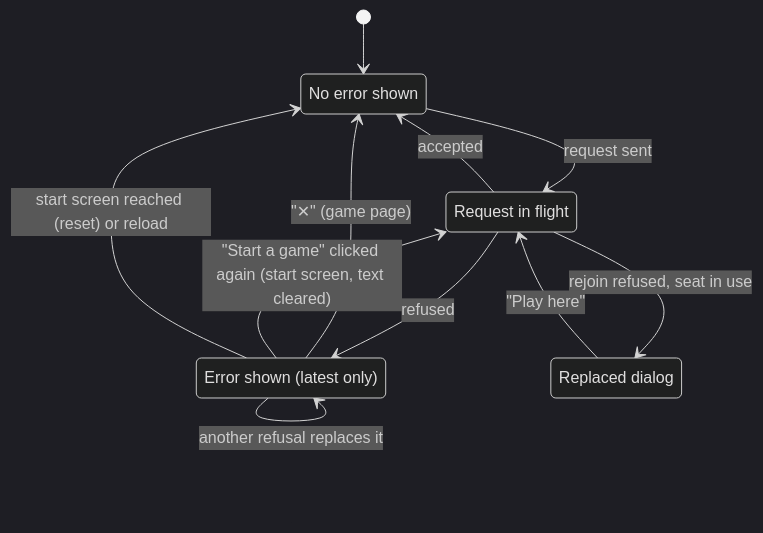
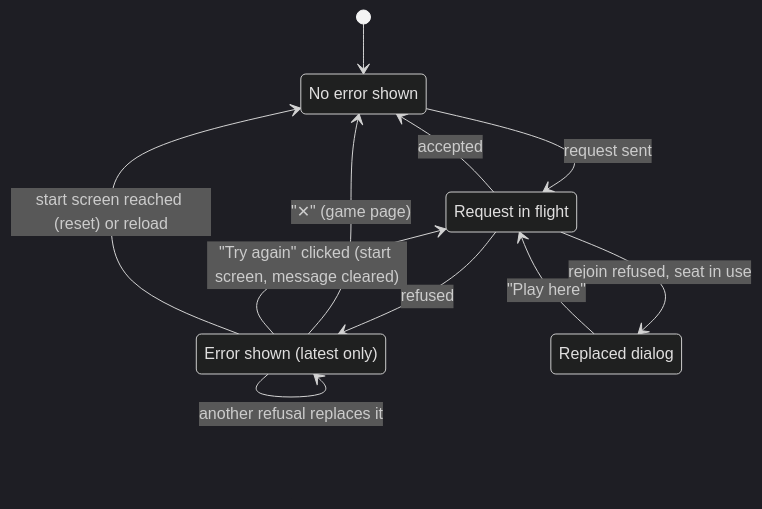
The diagram in product-description/cross-cutting/error-messages.md (howard36/3d-chess), drawn with Mermaid (dark theme) before and after one commit. The commit also changed other lines of this file and 23 other files, not shown here.

````diff
--- a/product-description/cross-cutting/error-messages.md
+++ b/product-description/cross-cutting/error-messages.md
@@ -33,17 +33,17 @@
 ```mermaid
 stateDiagram-v2
     state "No error shown" as clear
     state "Request in flight" as flight
     state "Error shown (latest only)" as shown
     state "Replaced dialog" as replaced
     [*] --> clear
     clear --> flight : request sent
     flight --> clear : accepted
     flight --> shown : refused
     flight --> replaced : rejoin refused, seat in use
     shown --> clear : "✕" (game page)
-    shown --> flight : "Start a game" clicked again (start screen, text cleared)
+    shown --> flight : "Try again" clicked (start screen, message cleared)
     shown --> shown : another refusal replaces it
     shown --> clear : start screen reached (reset) or reload
     replaced --> flight : "Play here"
 ```
````
